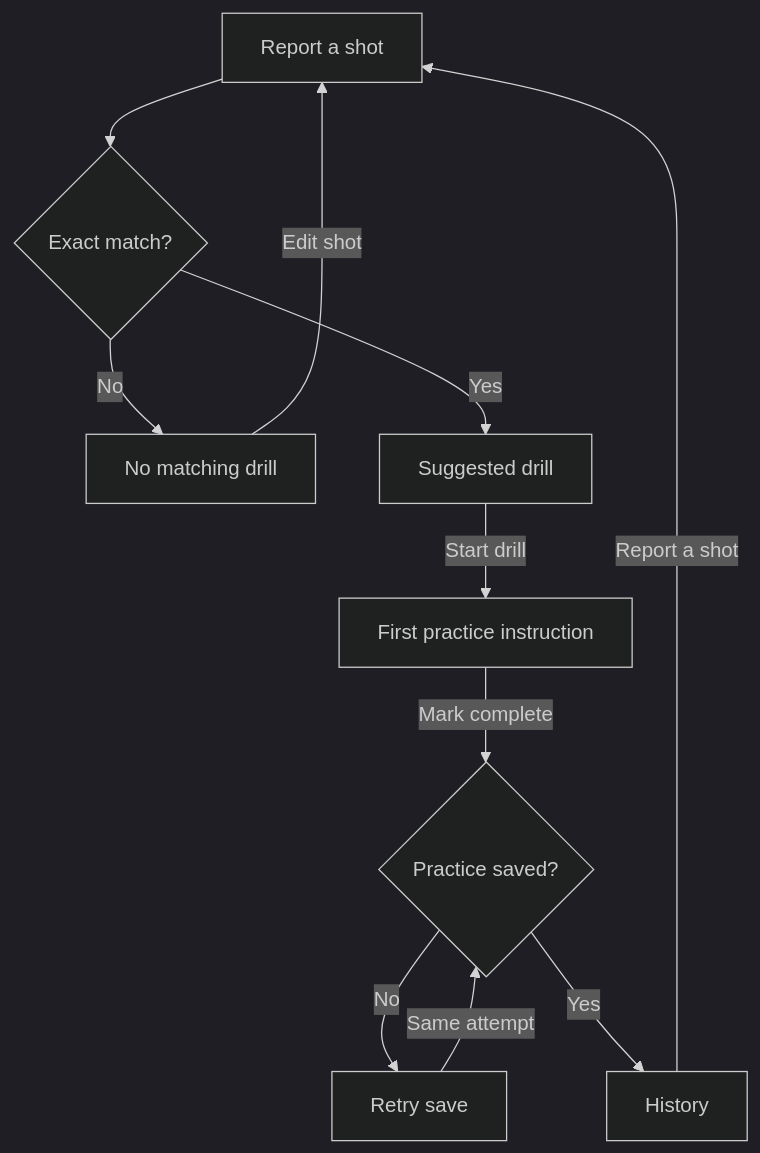
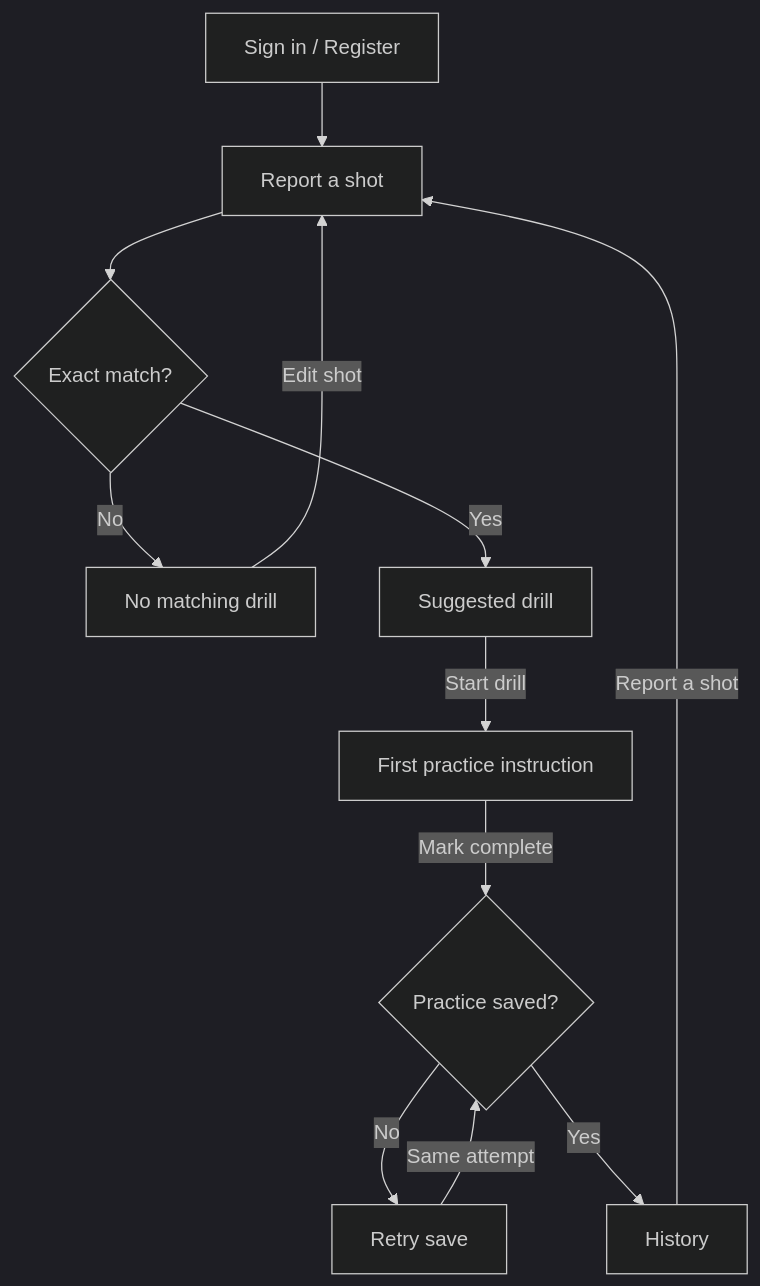
One commit to CakraSera/prototype-golf changed the first of 2 diagrams in README.md. Above: the diagram before and after it, drawn with Mermaid (dark theme). The commit also changed other lines of this file and 39 other files, not shown here.

First line of the commit message:
feat: implement authenticated golf practice flow

````diff
--- a/README.md
+++ b/README.md
@@ -50,13 +79,14 @@
 ```mermaid
 flowchart TD
+    signin["Sign in / Register"] --> report
     report["Report a shot"] --> match{"Exact match?"}
     match -->|No| missing["No matching drill"]
     missing -->|Edit shot| report
     match -->|Yes| drill["Suggested drill"]
     drill -->|Start drill| practice["First practice instruction"]
     practice -->|Mark complete| save{"Practice saved?"}
     save -->|No| retry["Retry save"]
     retry -->|Same attempt| save
     save -->|Yes| history["History"]
     history -->|Report a shot| report
 ```
````
